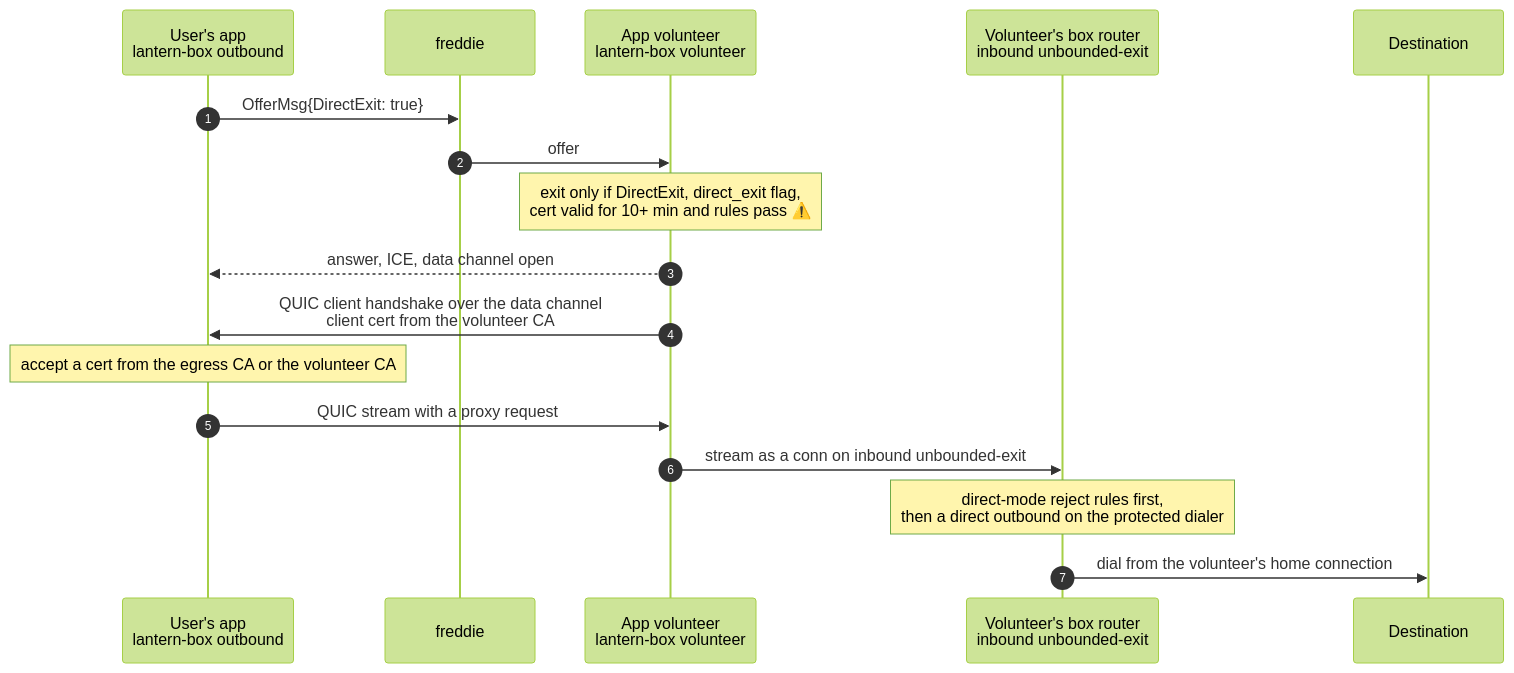
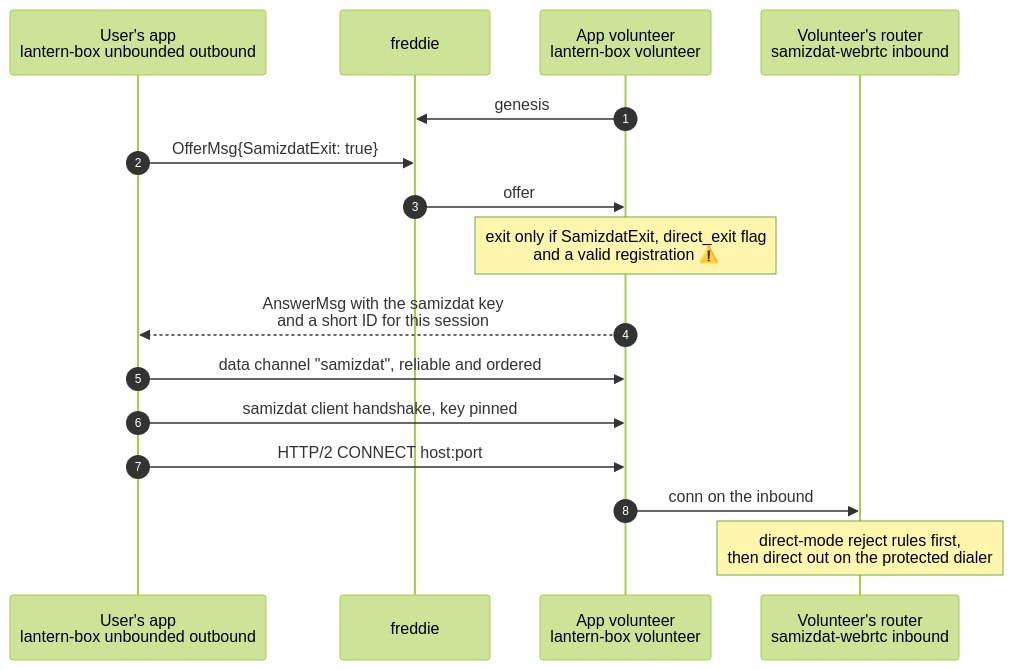
Before and after one commit to getlantern/unbounded: the diagram in docs/superpowers/specs/2026-11-17-volunteer-direct-exit-design.md, drawn with Mermaid (forest theme). The commit also changed other lines of this file, not shown here.

First line of the commit message:
docs: volunteer direct exit: model it on Lamplighter, not the egress

````diff
--- a/docs/superpowers/specs/2026-11-17-volunteer-direct-exit-design.md
+++ b/docs/superpowers/specs/2026-11-17-volunteer-direct-exit-design.md
@@ -31,20 +46,19 @@
 ```mermaid
 sequenceDiagram
     autonumber
-    participant U as User's app<br/>lantern-box outbound
+    participant U as User's app<br/>lantern-box unbounded outbound
     participant F as freddie
     participant V as App volunteer<br/>lantern-box volunteer
-    participant R as Volunteer's box router<br/>inbound unbounded-exit
-    participant D as Destination
+    participant R as Volunteer's router<br/>samizdat-webrtc inbound
 
-    U->>F: OfferMsg{DirectExit: true}
+    V->>F: genesis
+    U->>F: OfferMsg{SamizdatExit: true}
     F->>V: offer
-    Note over V: exit only if DirectExit, direct_exit flag,<br/>cert valid for 10+ min and rules pass ⚠️
-    V-->>U: answer, ICE, data channel open
-    V->>U: QUIC client handshake over the data channel<br/>client cert from the volunteer CA
-    Note over U: accept a cert from the egress CA or the volunteer CA
-    U->>V: QUIC stream with a proxy request
-    V->>R: stream as a conn on inbound unbounded-exit
-    Note over R: direct-mode reject rules first,<br/>then a direct outbound on the protected dialer
-    R->>D: dial from the volunteer's home connection
+    Note over V: exit only if SamizdatExit, direct_exit flag<br/>and a valid registration ⚠️
+    V-->>U: AnswerMsg with the samizdat key<br/>and a short ID for this session
+    U->>V: data channel "samizdat", reliable and ordered
+    U->>V: samizdat client handshake, key pinned
+    U->>V: HTTP/2 CONNECT host:port
+    V->>R: conn on the inbound
+    Note over R: direct-mode reject rules first,<br/>then direct out on the protected dialer
 ```
````
